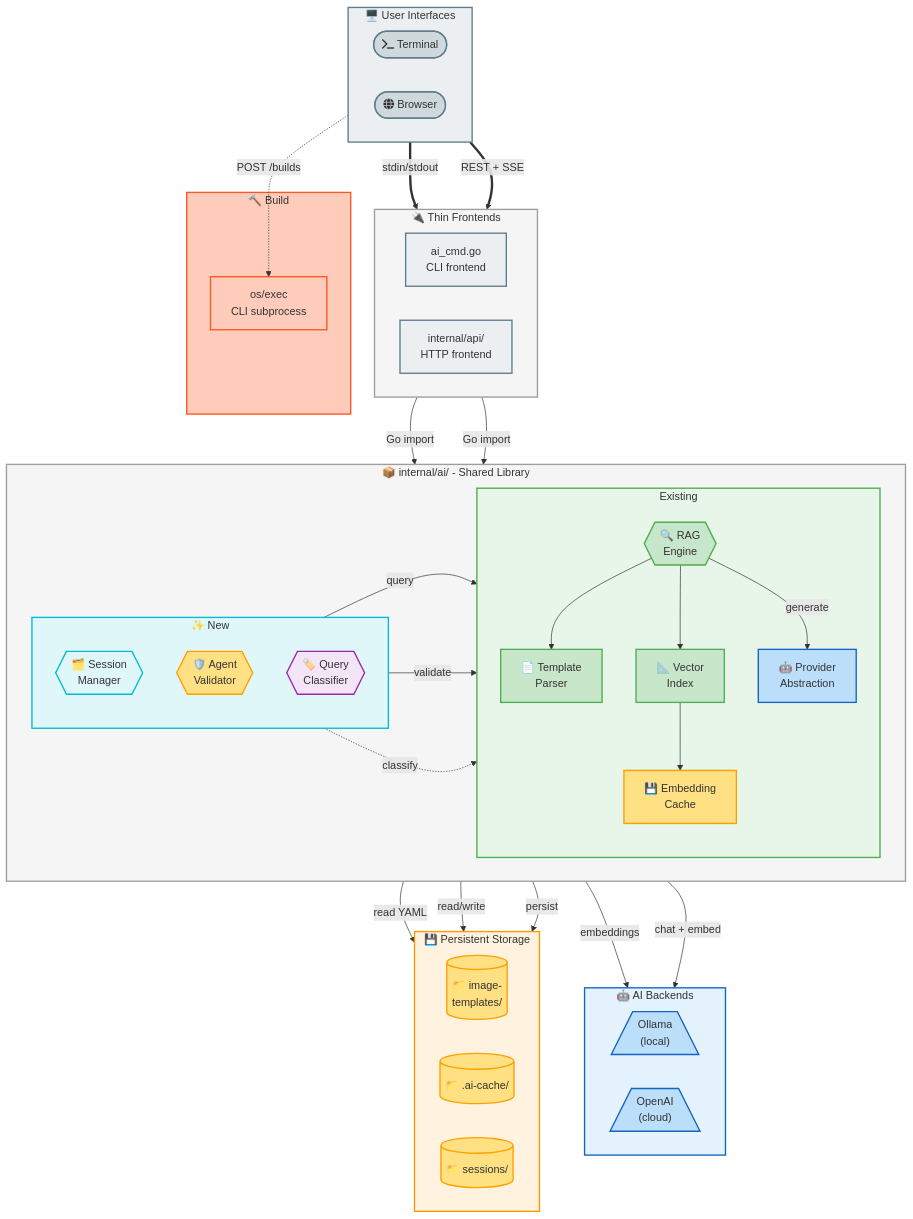
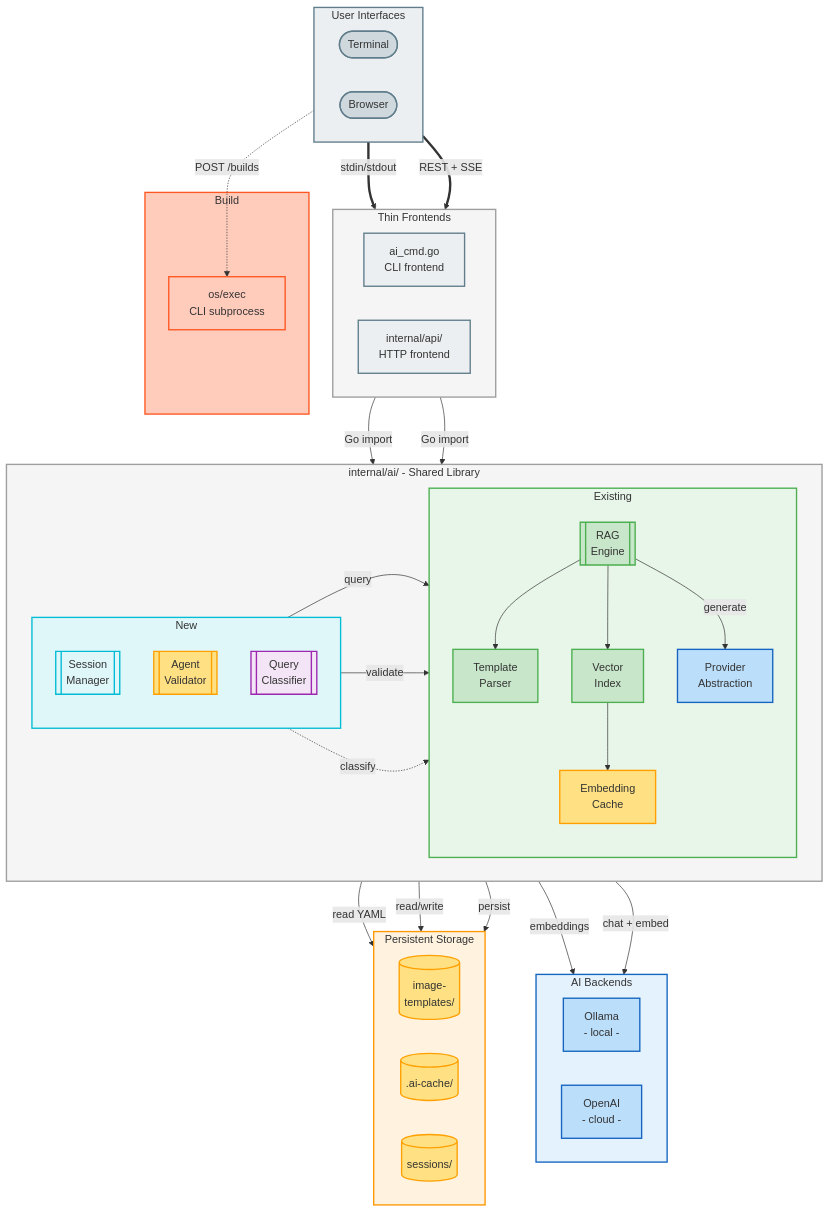
One commit to open-edge-platform/image-composer-tool changed the first of 6 diagrams in docs/architecture/adr-web-interface-architecture.md. Above: the diagram before and after it, drawn with Mermaid. The commit also changed other lines of this file, not shown here.

Commit message:
docs(architecture): fix Mermaid diagrams for GitHub rendering
Remove fa:fa-* Font Awesome icons, hexagon {{}} shapes, and
trapezoid shapes that GitHub Mermaid does not support.
Use subroutine [[]] and stadium () shapes instead.

````diff
--- a/docs/architecture/adr-web-interface-architecture.md
+++ b/docs/architecture/adr-web-interface-architecture.md
@@ -93,55 +93,55 @@
 ```mermaid
 flowchart TB
     %% ── Layer 1: Users ──
-    subgraph L1["🖥️ User Interfaces"]
+    subgraph L1["User Interfaces"]
         direction LR
-        Terminal(["fa:fa-terminal Terminal"])
-        Browser(["fa:fa-globe Browser"])
+        Terminal(["Terminal"])
+        Browser(["Browser"])
     end
 
     %% ── Layer 2: Thin frontends ──
-    subgraph L2["🔌 Thin Frontends"]
+    subgraph L2["Thin Frontends"]
         direction LR
         CLI["ai_cmd.go\nCLI frontend"]
         API["internal/api/\nHTTP frontend"]
     end
 
     %% ── Layer 3: Shared library ──
-    subgraph L3["📦 internal/ai/ - Shared Library"]
+    subgraph L3["internal/ai/ - Shared Library"]
         direction LR
 
-        subgraph L3a["✨ New"]
+        subgraph L3a["New"]
             direction TB
-            SM{{"🗂️ Session\nManager"}}
-            AG{{"🛡️ Agent\nValidator"}}
-            CL{{"🏷️ Query\nClassifier"}}
+            SM[["Session\nManager"]]
+            AG[["Agent\nValidator"]]
+            CL[["Query\nClassifier"]]
         end
 
         subgraph L3b["Existing"]
             direction TB
-            EN{{"🔍 RAG\nEngine"}}
-            PR["🤖 Provider\nAbstraction"]
-            TP["📄 Template\nParser"]
-            IX["📐 Vector\nIndex"]
-            CA["💾 Embedding\nCache"]
+            EN[["RAG\nEngine"]]
+            PR["Provider\nAbstraction"]
+            TP["Template\nParser"]
+            IX["Vector\nIndex"]
+            CA["Embedding\nCache"]
         end
     end
 
     %% ── Layer 4: External services & storage ──
-    subgraph L4a["🤖 AI Backends"]
+    subgraph L4a["AI Backends"]
         direction LR
-        OL[/"Ollama\n(local)"\]
-        OA[/"OpenAI\n(cloud)"\]
+        OL["Ollama\n- local -"]
+        OA["OpenAI\n- cloud -"]
     end
 
-    subgraph L4b["💾 Persistent Storage"]
+    subgraph L4b["Persistent Storage"]
         direction LR
-        TF[("📁 image-\ntemplates/")]
-        EC[("📁 .ai-cache/")]
-        SF[("📁 sessions/")]
+        TF[("image-\ntemplates/")]
+        EC[(".ai-cache/")]
+        SF[("sessions/")]
     end
 
-    subgraph L4c["🔨 Build"]
+    subgraph L4c["Build"]
         BE["os/exec\nCLI subprocess"]
     end
 
````
